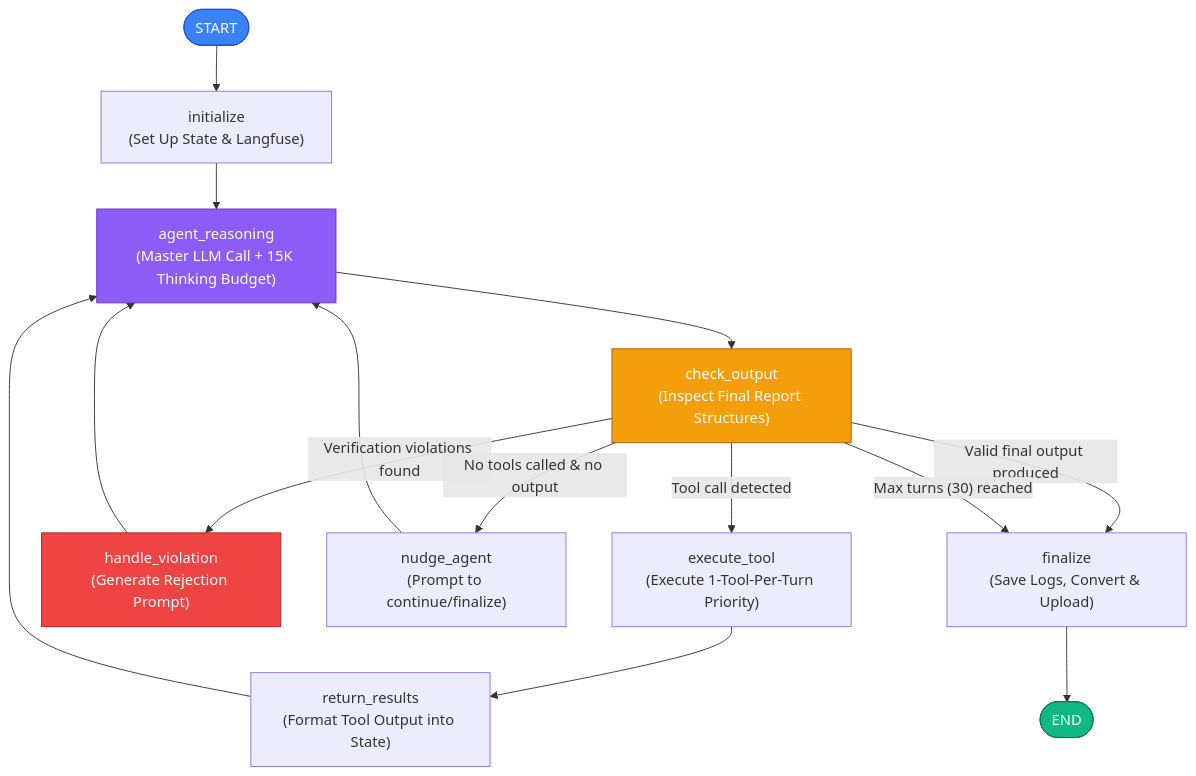
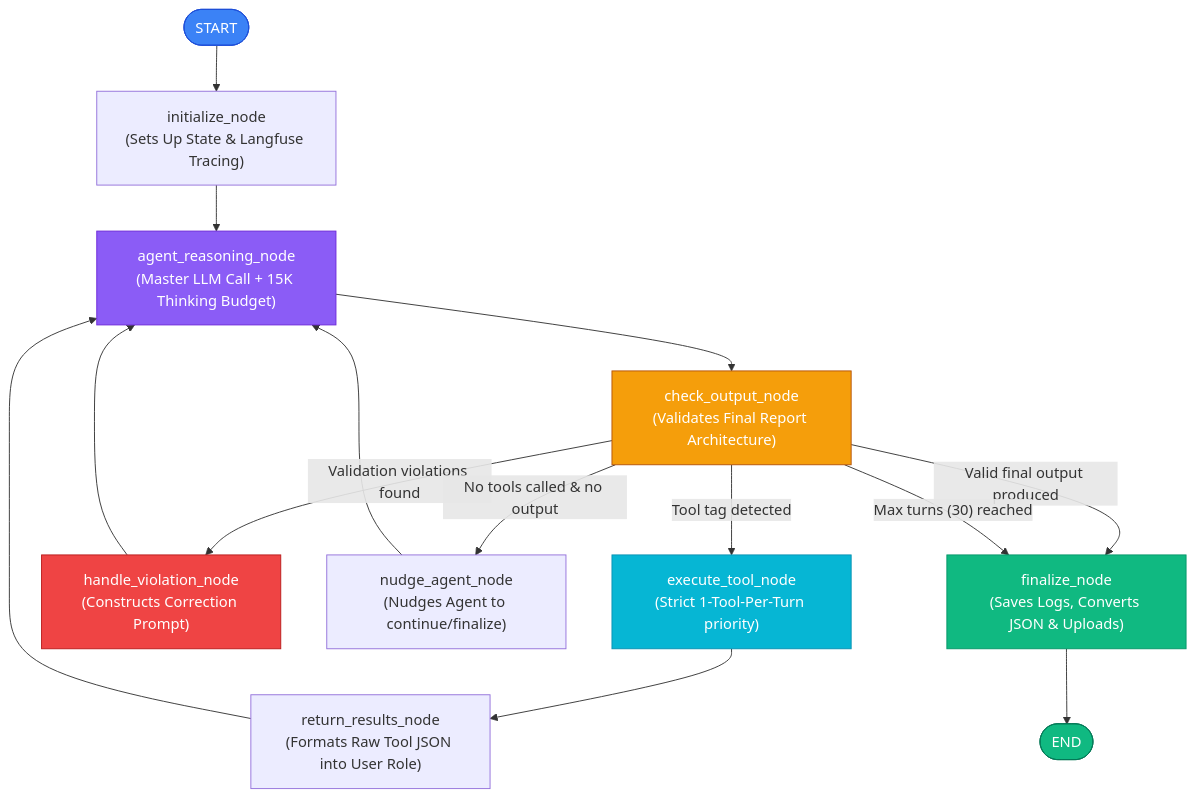
Before and after one commit to Manan0802/Sara-fullautonmous-specs-audit-agent: the first of 4 diagrams in README.md, drawn with Mermaid. The commit also changed other lines of this file, not shown here.

Commit message:
docs: upgrade README with sequence, state transition, and codebase dependency diagrams

````diff
--- a/README.md
+++ b/README.md
@@ -81,27 +22,29 @@
 ```mermaid
 graph TD
-    START(["START"]) --> init["initialize<br/>(Set Up State & Langfuse)"]
-    init --> agent["agent_reasoning<br/>(Master LLM Call + 15K Thinking Budget)"]
-    agent --> check["check_output<br/>(Inspect Final Report Structures)"]
+    START(["START"]) --> init["initialize_node<br/>(Sets Up State & Langfuse Tracing)"]
+    init --> agent["agent_reasoning_node<br/>(Master LLM Call + 15K Thinking Budget)"]
+    agent --> check["check_output_node<br/>(Validates Final Report Architecture)"]
     
-    check -->|"Tool call detected"| exec["execute_tool<br/>(Execute 1-Tool-Per-Turn Priority)"]
-    check -->|"Verification violations found"| violation["handle_violation<br/>(Generate Rejection Prompt)"]
-    check -->|"No tools called & no output"| nudge["nudge_agent<br/>(Prompt to continue/finalize)"]
-    check -->|"Valid final output produced"| finalize["finalize<br/>(Save Logs, Convert & Upload)"]
+    check -->|"Tool tag detected"| exec["execute_tool_node<br/>(Strict 1-Tool-Per-Turn priority)"]
+    check -->|"Validation violations found"| violation["handle_violation_node<br/>(Constructs Correction Prompt)"]
+    check -->|"No tools called & no output"| nudge["nudge_agent_node<br/>(Nudges Agent to continue/finalize)"]
+    check -->|"Valid final output produced"| finalize["finalize_node<br/>(Saves Logs, Converts JSON & Uploads)"]
     check -->|"Max turns (30) reached"| finalize
     
-    exec --> return_r["return_results<br/>(Format Tool Output into State)"]
+    exec --> return_r["return_results_node<br/>(Formats Raw Tool JSON into User Role)"]
     
     %% Feedback loops returning control to reasoning node
     return_r --> agent
     violation --> agent
     nudge --> agent
     
     finalize --> END(["END"])
 
     style START fill:#3b82f6,stroke:#1d4ed8,color:#fff
     style END fill:#10b981,stroke:#047857,color:#fff
     style agent fill:#8b5cf6,stroke:#6d28d9,color:#fff
     style violation fill:#ef4444,stroke:#b91c1c,color:#fff
     style check fill:#f59e0b,stroke:#b45309,color:#fff
+    style exec fill:#06b6d4,stroke:#0891b2,color:#fff
+    style finalize fill:#10b981,stroke:#059669,color:#fff
 ```
````
